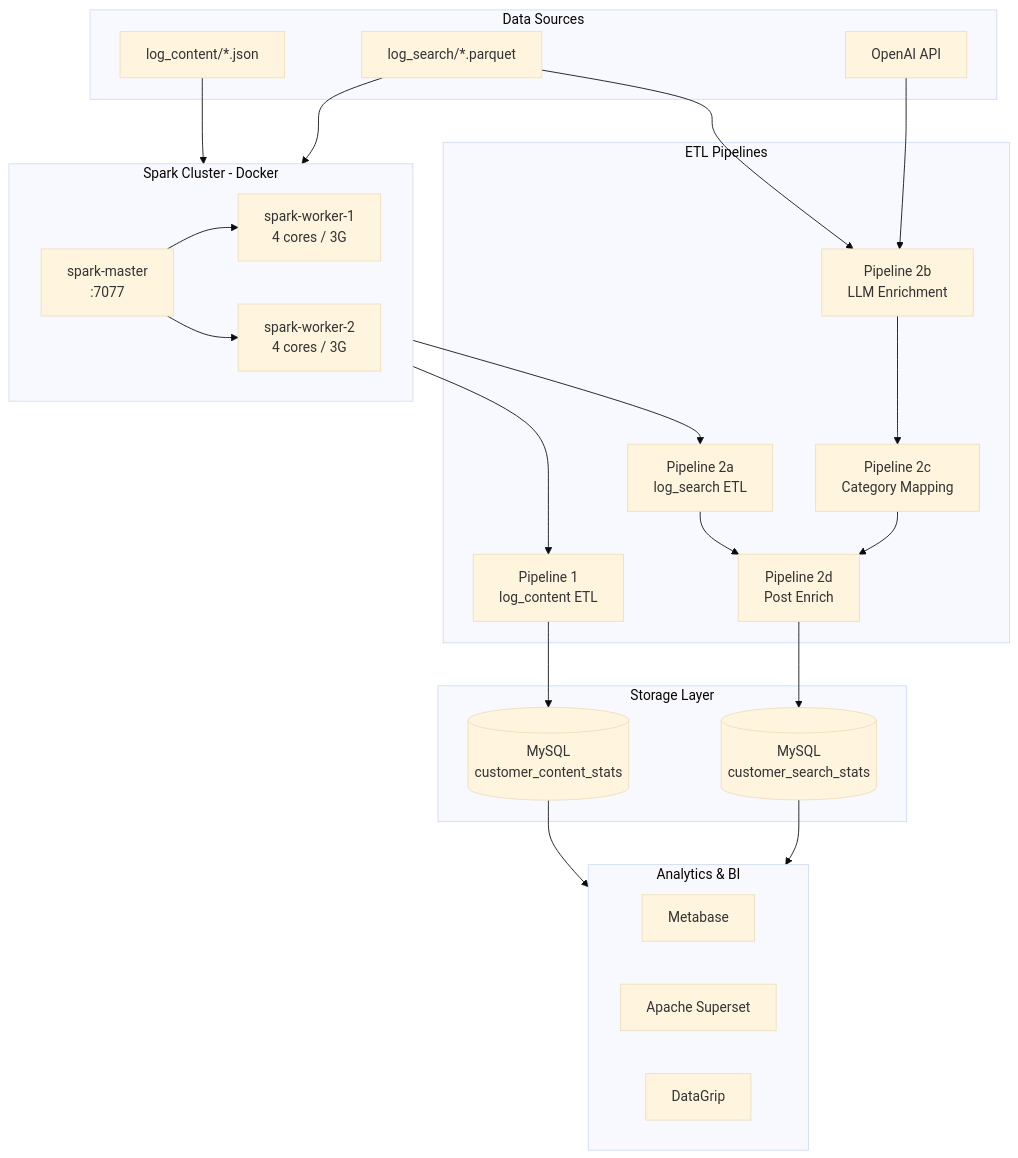
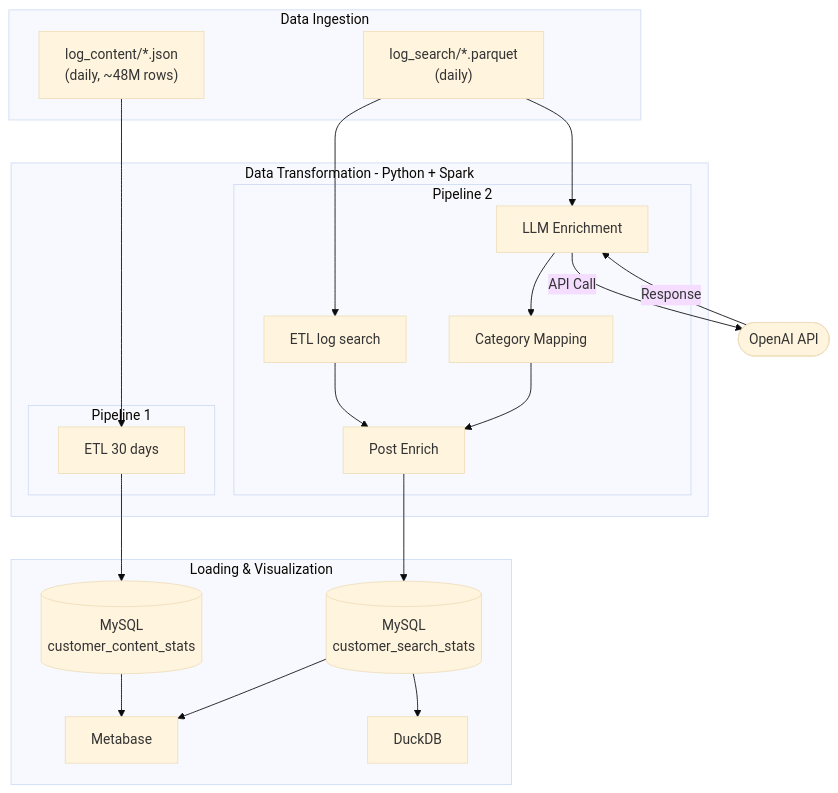
Before and after one commit to hoangf384/Bigdata: the first of 3 diagrams in README.md, drawn with Mermaid (base theme). The commit also changed other lines of this file and 2 other files, not shown here.

````diff
--- a/README.md
+++ b/README.md
@@ -24,43 +36,40 @@
 ```mermaid
 flowchart TB
-    subgraph Sources["Data Sources"]
-        S1["log_content/*.json"]
-        S2["log_search/*.parquet"]
-        S3["OpenAI API"]
+    subgraph Sources["Data Ingestion"]
+        S1["log_content/*.json<br/>(daily, ~48M rows)"]
+        S2["log_search/*.parquet<br/>(daily)"]
     end
 
-    subgraph Cluster["Spark Cluster - Docker"]
-        SM["spark-master\n:7077"]
-        W1["spark-worker-1\n4 cores / 3G"]
-        W2["spark-worker-2\n4 cores / 3G"]
-        SM --> W1
-        SM --> W2
+    subgraph Processing["Data Transformation - Python + Spark"]
+        subgraph P1["Pipeline 1"]
+            C1["ETL 30 days"]
+        end
+        subgraph P2["Pipeline 2"]
+            E1["ETL log search"]
+            E2["LLM Enrichment"]
+            E3["Category Mapping"]
+            E4["Post Enrich"]
+            E1 --> E4
+            E2 --> E3 --> E4
+        end
     end
 
-    subgraph Pipelines["ETL Pipelines"]
-        P1["Pipeline 1\nlog_content ETL"]
-        P2["Pipeline 2a\nlog_search ETL"]
-        P3["Pipeline 2b\nLLM Enrichment"]
-        P4["Pipeline 2c\nCategory Mapping"]
-        P5["Pipeline 2d\nPost Enrich"]
+    OpenAI(["OpenAI API"])
+
+    subgraph DB["Loading & Visualization"]
+        M1[("MySQL<br/>customer_content_stats")]
+        M2[("MySQL<br/>customer_search_stats")]
+        V1["Metabase"]
+        V2["DuckDB"]
+        M1 --> V1
+        M2 --> V1
+        M2 --> V2
     end
 
-    subgraph Storage["Storage Layer"]
-        DB1[("MySQL\ncustomer_content_stats")]
-        DB2[("MySQL\ncustomer_search_stats")]
-    end
-
-    subgraph BI["Analytics & BI"]
-        BI1["Metabase"]
-        BI2["Apache Superset"]
-        BI3["DataGrip"]
-    end
-
-    S1 --> Cluster --> P1 --> DB1
-    S2 --> Cluster --> P2 --> P5
-    S2 --> P3 --> P4 --> P5
-    S3 --> P3
-    P5 --> DB2
-    DB1 --> BI
-    DB2 --> BI
+    S1 --> C1 --> M1
+    S2 --> E1
+    S2 --> E2
+    E2 -- "API Call" --> OpenAI
+    OpenAI -- "Response" --> E2
+    E4 --> M2
 ```
````
